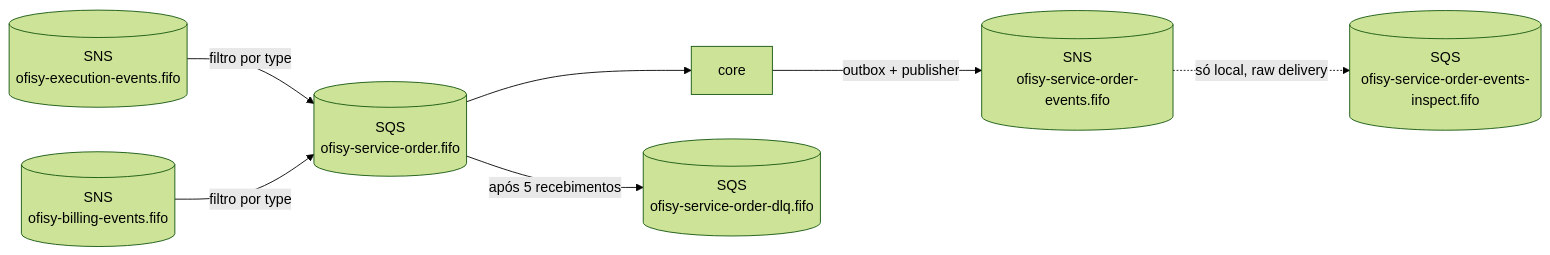
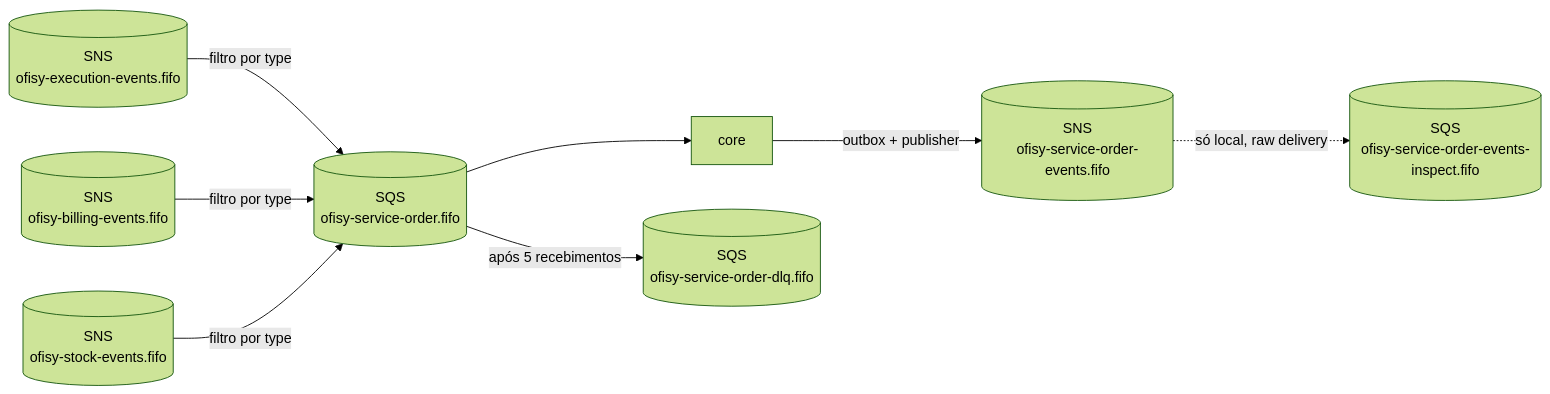
One commit to 15SOAT-FIAP/techchallenge-ofisy changed the first of 2 diagrams in docs/MESSAGING.md. Above: the diagram before and after it, drawn with Mermaid (forest theme). The commit also changed other lines of this file, not shown here.

````diff
--- a/docs/MESSAGING.md
+++ b/docs/MESSAGING.md
@@ -11,9 +11,10 @@
 ```mermaid
 flowchart LR
     app[core] -->|outbox + publisher| topic[(SNS<br/>ofisy-service-order-events.fifo)]
     topic -.->|só local, raw delivery| inspect[(SQS<br/>ofisy-service-order-events-inspect.fifo)]
     execution[(SNS<br/>ofisy-execution-events.fifo)] -->|filtro por type| queue
     billing[(SNS<br/>ofisy-billing-events.fifo)] -->|filtro por type| queue
+    stock[(SNS<br/>ofisy-stock-events.fifo)] -->|filtro por type| queue
     queue[(SQS<br/>ofisy-service-order.fifo)] --> app
     queue -->|após 5 recebimentos| dlq[(SQS<br/>ofisy-service-order-dlq.fifo)]
 ```
````
